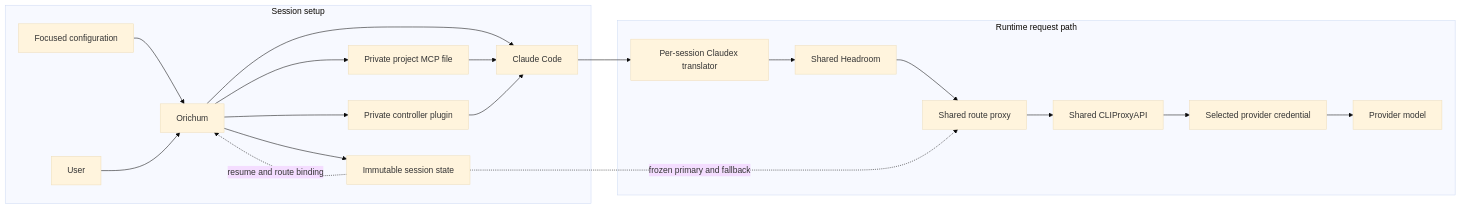
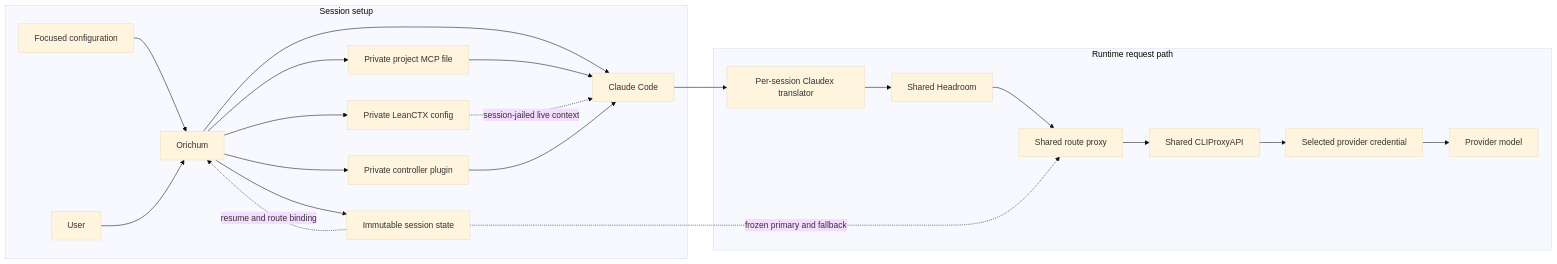
Before and after one commit to orichum/claudex-workflow: the first of 3 diagrams in docs/architecture.md, drawn with Mermaid (base theme). The commit also changed other lines of this file and 21 other files, not shown here.

Commit message:
Integrate bounded LeanCTX context runtime

````diff
--- a/docs/architecture.md
+++ b/docs/architecture.md
@@ -5,25 +5,27 @@
 ```mermaid
 flowchart LR
     subgraph Launch["Session setup"]
         CFG["Focused configuration"] --> O["Orichum"]
         U["User"] --> O
         O --> STATE["Immutable session state"]
         O --> MCP["Private project MCP file"]
+        O --> LCFG["Private LeanCTX config"]
         O --> PLUGIN["Private controller plugin"]
         O --> C["Claude Code"]
 
         MCP --> C
+        LCFG -. "session-jailed live context" .-> C
         PLUGIN --> C
         STATE -. "resume and route binding" .-> O
     end
 
     subgraph Runtime["Runtime request path"]
         C --> X["Per-session Claudex translator"]
         X --> H["Shared Headroom"]
         H --> R["Shared route proxy"]
         STATE -. "frozen primary and fallback" .-> R
         R --> P["Shared CLIProxyAPI"]
         P --> A["Selected provider credential"]
         A --> M["Provider model"]
     end
 ```
````
